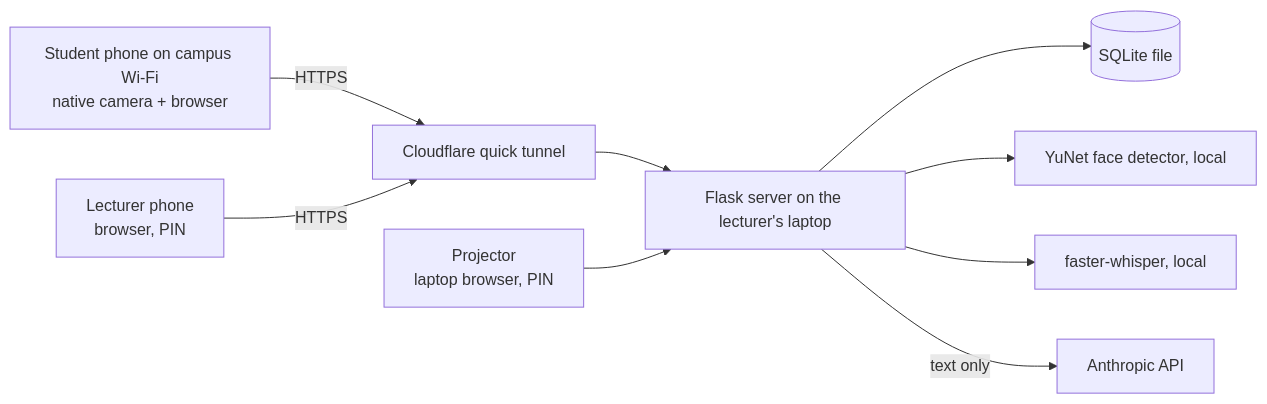
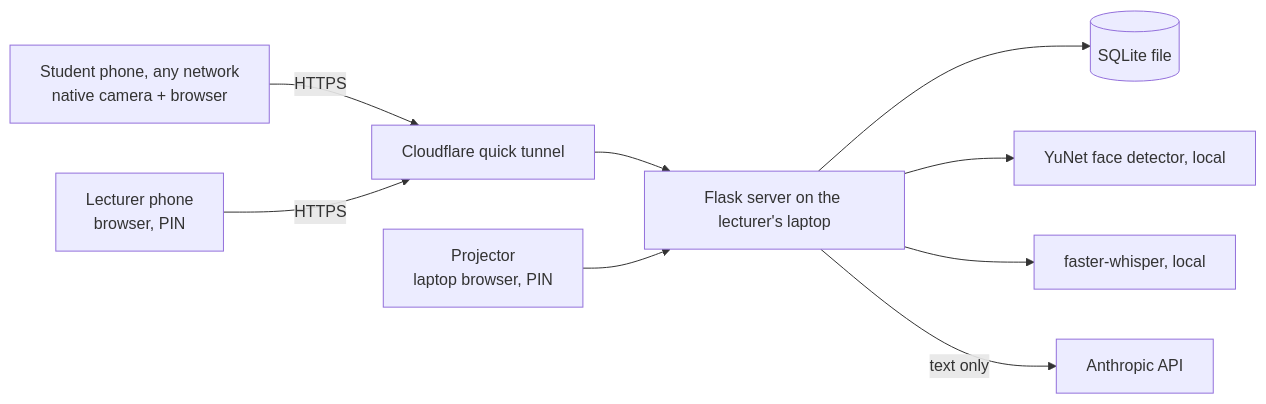
The diagram in docs/srs.md (ronsarfati/EX2-Teaching-Tool), drawn with Mermaid before and after one commit. The commit also changed other lines of this file and 2 other files, not shown here.

````diff
--- a/docs/srs.md
+++ b/docs/srs.md
@@ -64,11 +60,11 @@
 ```mermaid
 flowchart LR
-  SP[Student phone on campus Wi-Fi<br/>native camera + browser] -- HTTPS --> CF[Cloudflare quick tunnel]
+  SP[Student phone, any network<br/>native camera + browser] -- HTTPS --> CF[Cloudflare quick tunnel]
   LP[Lecturer phone<br/>browser, PIN] -- HTTPS --> CF
   CF --> FS[Flask server on the lecturer's laptop]
   PJ[Projector<br/>laptop browser, PIN] --> FS
   FS --> DB[(SQLite file)]
   FS --> YN[YuNet face detector, local]
   FS --> FW[faster-whisper, local]
   FS -- text only --> AN[Anthropic API]
 ```
````
